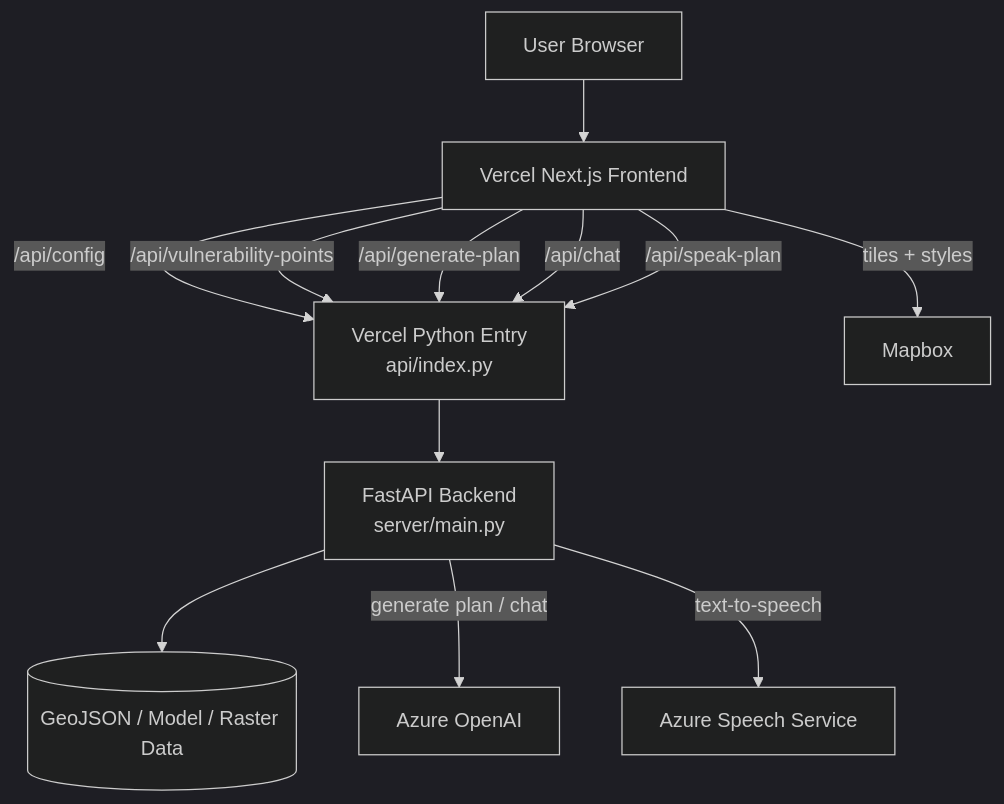
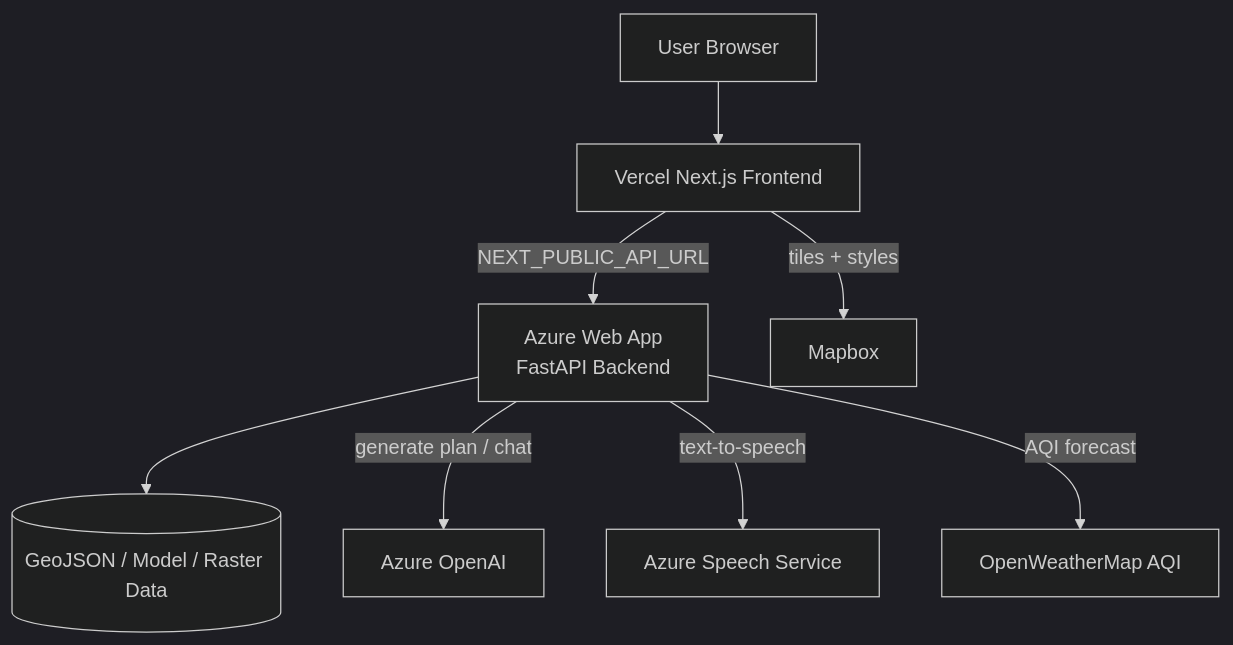
The diagram in HotSpots-AI/diagrams/heatshield-deployment.mmd (deepanjan1011/hotspots-V2), drawn with Mermaid (dark theme) before and after one commit. The commit also changed 21 other files, not shown here.

Commit message:
refactor: migrate backend from Vercel serverless functions to Azure Web App and standardize path management

```diff
--- a/HotSpots-AI/diagrams/heatshield-deployment.mmd
+++ b/HotSpots-AI/diagrams/heatshield-deployment.mmd
@@ -1,22 +1,18 @@
 flowchart TD
     User[User Browser]
     Frontend[Vercel Next.js Frontend]
-    Api[Vercel Python Entry<br/>api/index.py]
-    Backend[FastAPI Backend<br/>server/main.py]
+    Backend[Azure Web App<br/>FastAPI Backend]
     Data[(GeoJSON / Model / Raster Data)]
     AzureOpenAI[Azure OpenAI]
     AzureSpeech[Azure Speech Service]
     Mapbox[Mapbox]
+    OpenWeather[OpenWeatherMap AQI]
 
     User --> Frontend
-    Frontend -->|/api/config| Api
-    Frontend -->|/api/vulnerability-points| Api
-    Frontend -->|/api/generate-plan| Api
-    Frontend -->|/api/chat| Api
-    Frontend -->|/api/speak-plan| Api
+    Frontend -->|NEXT_PUBLIC_API_URL| Backend
     Frontend -->|tiles + styles| Mapbox
 
-    Api --> Backend
     Backend --> Data
     Backend -->|generate plan / chat| AzureOpenAI
     Backend -->|text-to-speech| AzureSpeech
+    Backend -->|AQI forecast| OpenWeather
```
